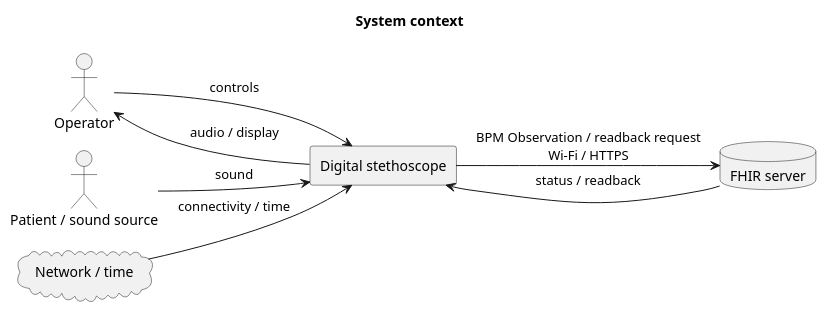
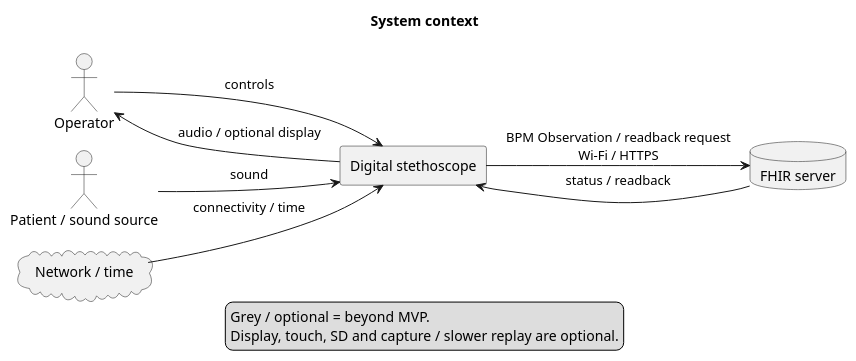
The diagram in Development/system/architecture/system-context.puml (DemonicPsychoII/DigitalStethoscope), drawn with PlantUML before and after one commit. The commit also changed 22 other files, not shown here.

First line of the commit message:
Document framework feasibility and distinguish optional MVP extensions

```diff
--- a/Development/system/architecture/system-context.puml
+++ b/Development/system/architecture/system-context.puml
@@ -1,20 +1,33 @@
 @startuml system_context
-' Updated by GPT-6.1-Sol on behalf of Nico running in T3 Code through Codex.
 !pragma layout smetana
 skinparam shadowing false
+skinparam component {
+ BackgroundColor<<optional>> #EEEEEE
+ BorderColor<<optional>> #888888
+ FontColor<<optional>> #666666
+}
+skinparam artifact {
+ BackgroundColor<<optional>> #EEEEEE
+ BorderColor<<optional>> #888888
+ FontColor<<optional>> #666666
+}
 skinparam componentStyle rectangle
 skinparam defaultFontName SansSerif
 title System context
 left to right direction
 actor "Operator" as operator
 actor "Patient / sound source" as source
 rectangle "Digital stethoscope" as device
 database "FHIR server" as fhir
 cloud "Network / time" as net
 source --> device : sound
 operator --> device : controls
-device --> operator : audio / display
+device --> operator : audio / optional display
 device --> fhir : BPM Observation / readback request\nWi-Fi / HTTPS
 fhir --> device : status / readback
 net --> device : connectivity / time
+legend bottom
+  Grey / optional = beyond MVP.
+  Display, touch, SD and capture / slower replay are optional.
+endlegend
 @enduml
```
